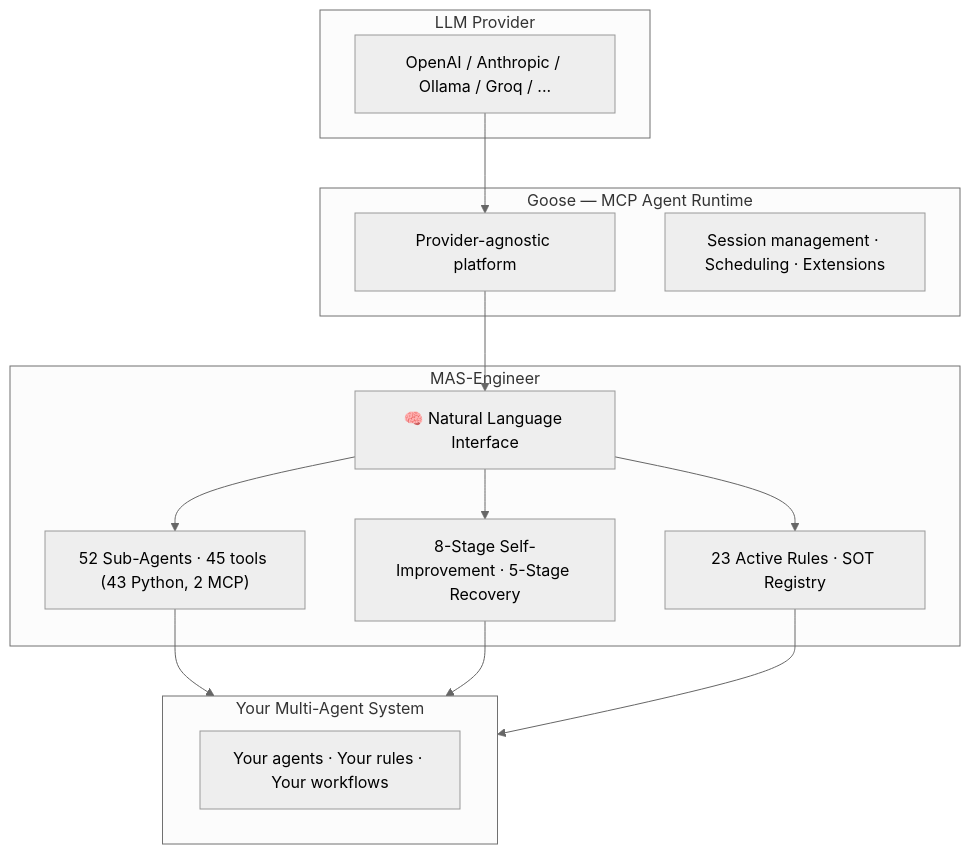
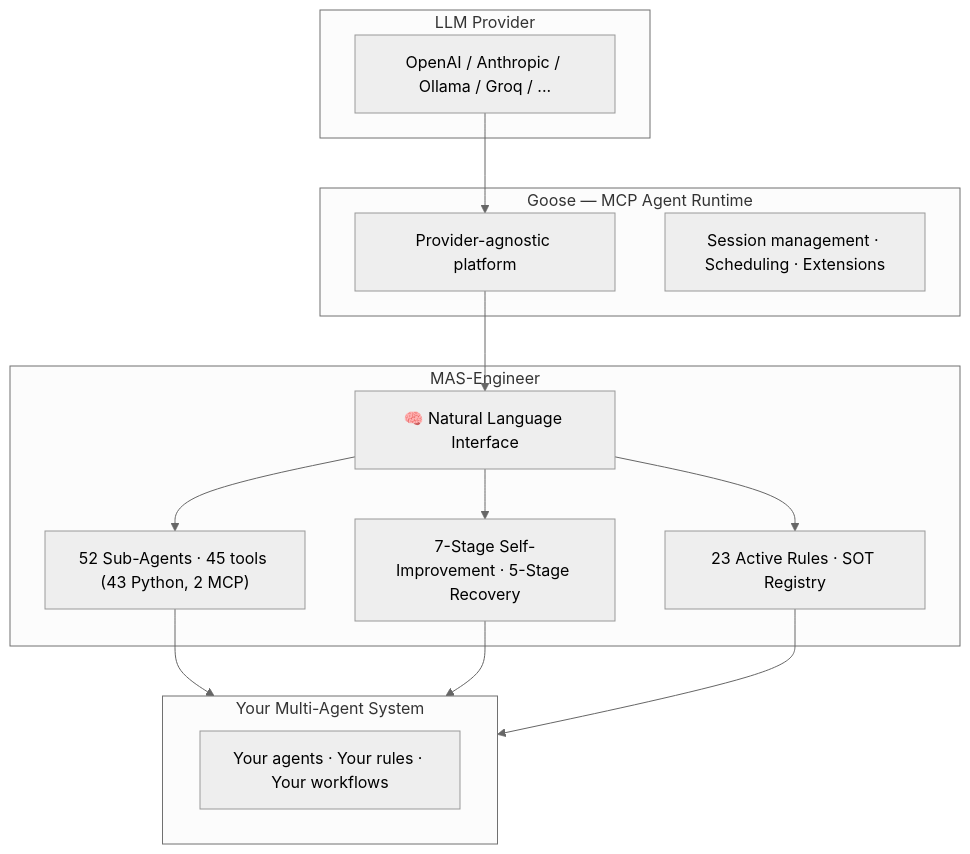
Before and after one commit to mczardybon/mas-engineer: the third of 6 diagrams in README.md, drawn with Mermaid (neutral theme). The commit also changed other lines of this file and 1 other file, not shown here.

````diff
--- a/README.md
+++ b/README.md
@@ -269,22 +269,22 @@
 ```mermaid
 flowchart TB
     subgraph LLM["LLM Provider"]
         L1["OpenAI / Anthropic / Ollama / Groq / ..."]
     end
     subgraph GOOSE["Goose — MCP Agent Runtime"]
         G1["Provider-agnostic platform"]
         G2["Session management · Scheduling · Extensions"]
     end
     subgraph ENGINEER["MAS-Engineer"]
         E1["🧠 Natural Language Interface"]
         E2["52 Sub-Agents · 45 tools (43 Python, 2 MCP)"]
-        E3["8-Stage Self-Improvement · 5-Stage Recovery"]
+        E3["7-Stage Self-Improvement · 5-Stage Recovery"]
         E4["23 Active Rules · SOT Registry"]
     end
     subgraph SYSTEM["Your Multi-Agent System"]
         S1["Your agents · Your rules · Your workflows"]
     end
     L1 --> G1 --> E1
     E1 --> E2 & E3 & E4
     E2 & E3 & E4 --> SYSTEM
 ```
````
